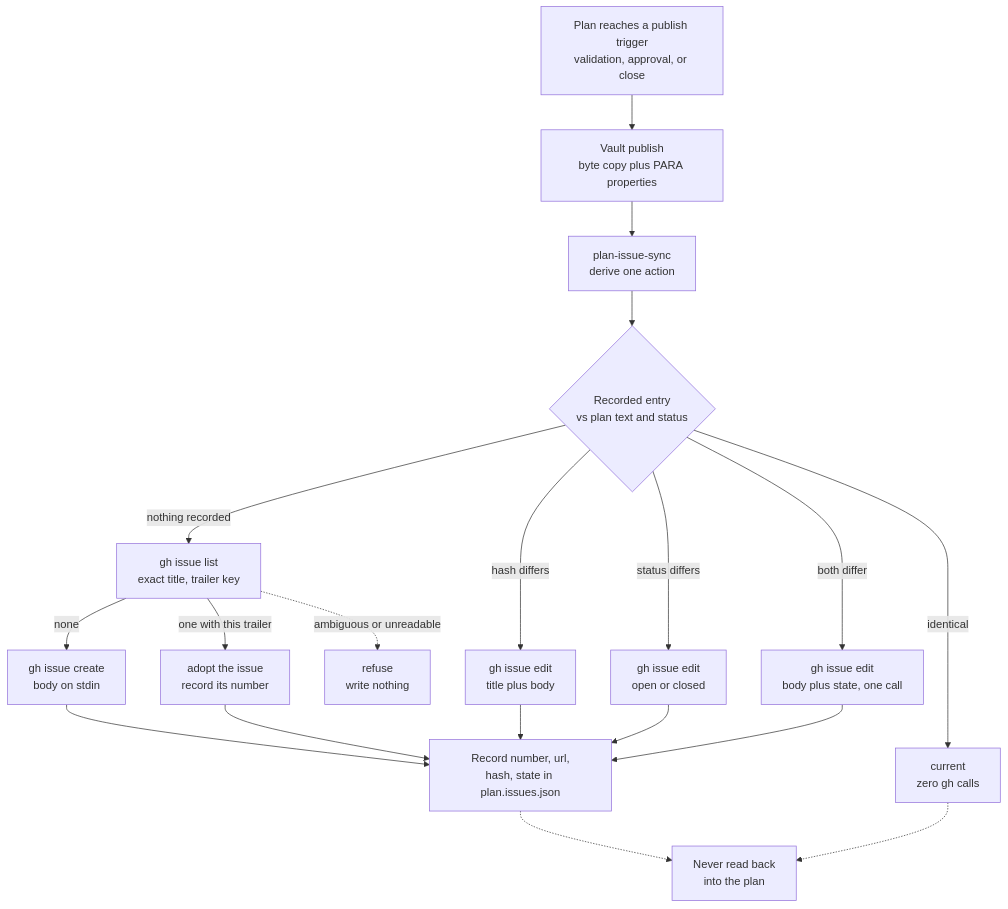
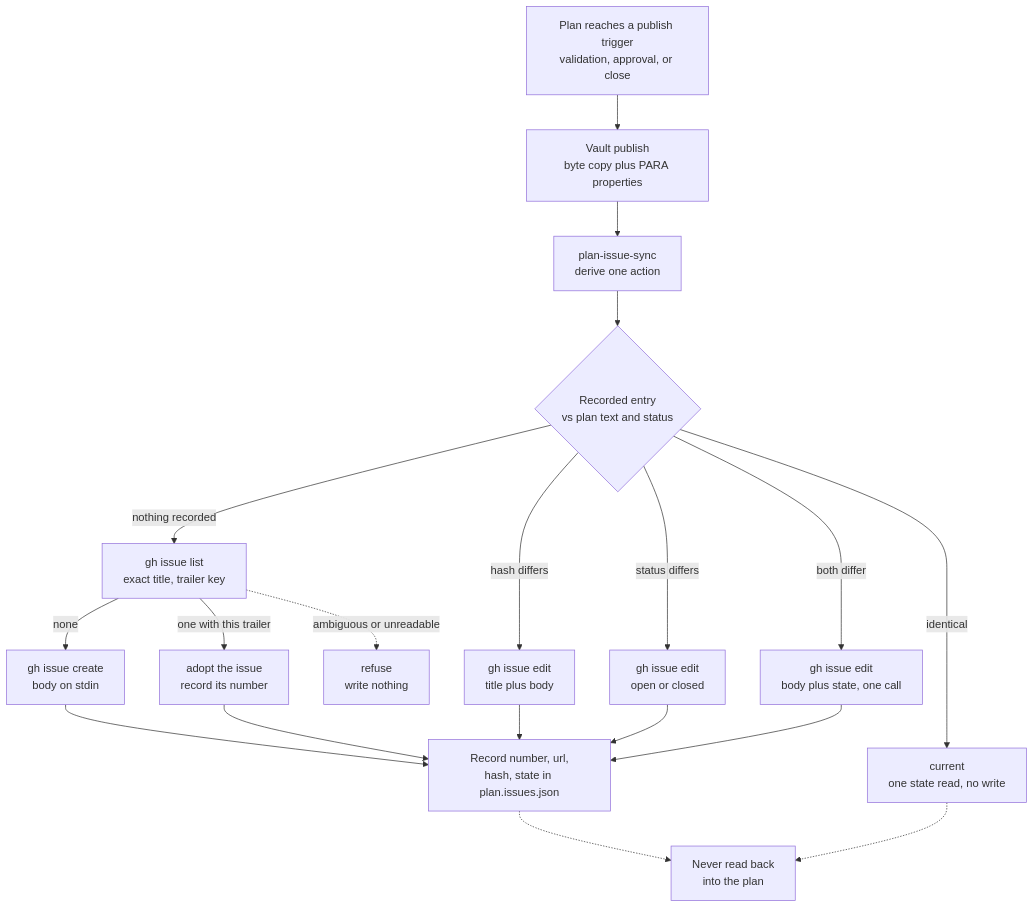
One commit to belajarcarabelajar/ai-skills changed the second of 2 diagrams in skills/sucp-plan/SKILL.md. Above: the diagram before and after it, drawn with Mermaid. The commit also changed other lines of this file, not shown here.

First line of the commit message:
docs(plan): current costs one state read, not zero gh calls

````diff
--- a/skills/sucp-plan/SKILL.md
+++ b/skills/sucp-plan/SKILL.md
@@ -263,23 +263,23 @@
 ```mermaid
 flowchart TD
     accTitle: Plan mirrored to a GitHub issue, one way
     accDescr: A finished plan is published to the vault and then synced to a GitHub issue, where a pure decision over the recorded entry, the plan text, and the plan status resolves to create, update the body, change the state, both, or nothing at all, with the issue number kept in a sidecar so the plan text stays byte-stable. With nothing recorded, the sync first looks the issue up by exact title and trailer key, adopting one match and refusing anything ambiguous or unreadable.
     Plan["Plan reaches a publish trigger<br/>validation, approval, or close"] --> Vault["Vault publish<br/>byte copy plus PARA properties"]
     Vault --> Sync["plan-issue-sync<br/>derive one action"]
     Sync --> Decision{"Recorded entry<br/>vs plan text and status"}
     Decision -->|"nothing recorded"| Lookup["gh issue list<br/>exact title, trailer key"]
     Lookup -->|"none"| Create["gh issue create<br/>body on stdin"]
     Lookup -->|"one with this trailer"| Adopt["adopt the issue<br/>record its number"]
     Lookup -.->|"ambiguous or unreadable"| Refuse["refuse<br/>write nothing"]
     Decision -->|"hash differs"| Body["gh issue edit<br/>title plus body"]
     Decision -->|"status differs"| State["gh issue edit<br/>open or closed"]
     Decision -->|"both differ"| Both["gh issue edit<br/>body plus state, one call"]
-    Decision -->|"identical"| Current["current<br/>zero gh calls"]
+    Decision -->|"identical"| Current["current<br/>one state read, no write"]
     Create --> Record["Record number, url,<br/>hash, state in plan.issues.json"]
     Adopt --> Record
     Body --> Record
     State --> Record
     Both --> Record
     Record -.-> NoReadback["Never read back<br/>into the plan"]
     Current -.-> NoReadback
 ```
````
